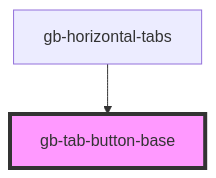
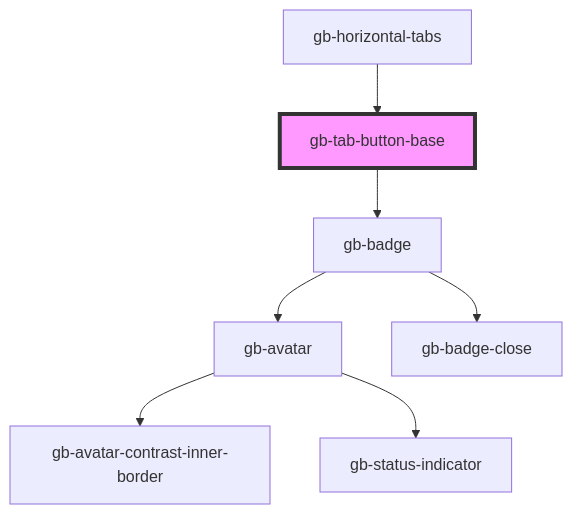
The diagram in src/components/gb-tab-button-base/readme.md (Emmanuel1858/globusComponent), drawn with Mermaid before and after one commit. The commit also changed other lines of this file and 27 other files, not shown here.

````diff
--- a/src/components/gb-tab-button-base/readme.md
+++ b/src/components/gb-tab-button-base/readme.md
@@ -26,5 +37,10 @@
 ```mermaid
 graph TD;
+  gb-tab-button-base --> gb-badge
+  gb-badge --> gb-avatar
+  gb-badge --> gb-badge-close
+  gb-avatar --> gb-avatar-contrast-inner-border
+  gb-avatar --> gb-status-indicator
   gb-horizontal-tabs --> gb-tab-button-base
   style gb-tab-button-base fill:#f9f,stroke:#333,stroke-width:4px
 ```
````
